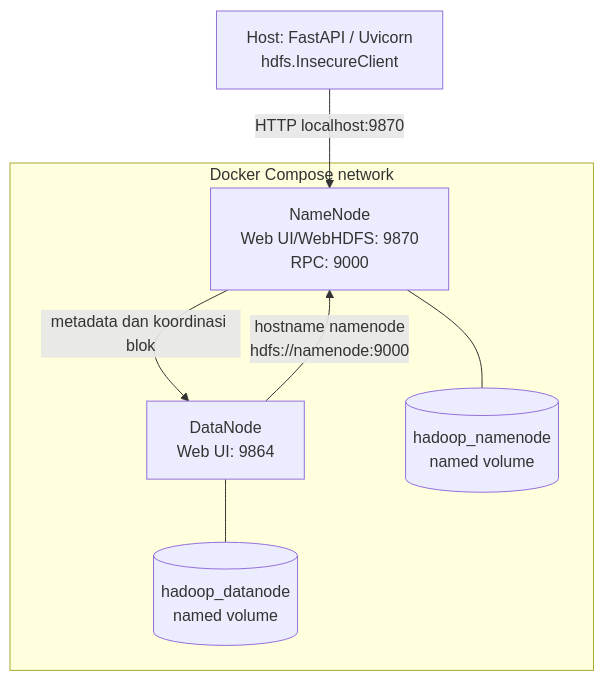
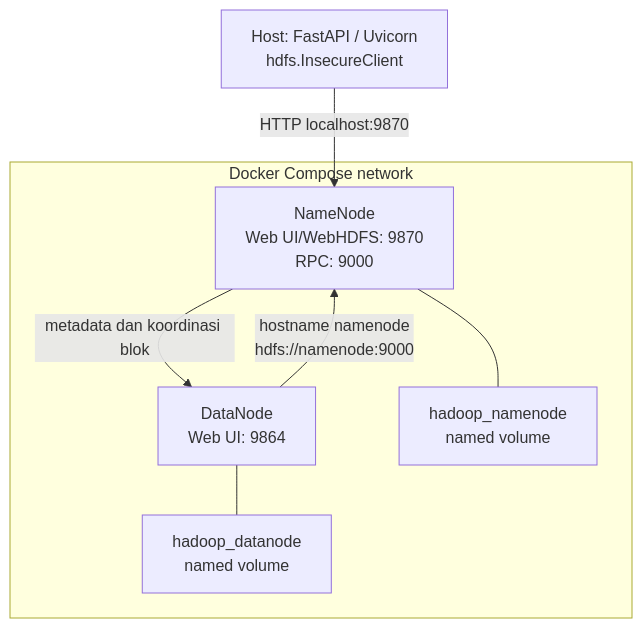
One commit to Deikazen/big-data-apache-spark changed the ninth of 10 diagrams in README.md. Above: the diagram before and after it, drawn with Mermaid. The commit also changed other lines of this file, not shown here.

````diff
--- a/README.md
+++ b/README.md
@@ -251,17 +251,17 @@
 ```mermaid
 flowchart TB
-    APP[Host: FastAPI / Uvicorn<br/>hdfs.InsecureClient]
+    APP["Host: FastAPI / Uvicorn<br/>hdfs.InsecureClient"]
 
-    subgraph DOCKER[Docker Compose network]
-        NN[NameNode<br/>Web UI/WebHDFS: 9870<br/>RPC: 9000]
-        DN[DataNode<br/>Web UI: 9864]
-        VN[(hadoop_namenode<br/>named volume)]
-        VD[(hadoop_datanode<br/>named volume)]
+    subgraph DOCKER["Docker Compose network"]
+        NN["NameNode<br/>Web UI/WebHDFS: 9870<br/>RPC: 9000"]
+        DN["DataNode<br/>Web UI: 9864"]
+        VN["hadoop_namenode<br/>named volume"]
+        VD["hadoop_datanode<br/>named volume"]
         NN -->|metadata dan koordinasi blok| DN
         NN --- VN
         DN --- VD
     end
 
     APP -->|HTTP localhost:9870| NN
     DN -->|hostname namenode<br/>hdfs://namenode:9000| NN
 ```
````
